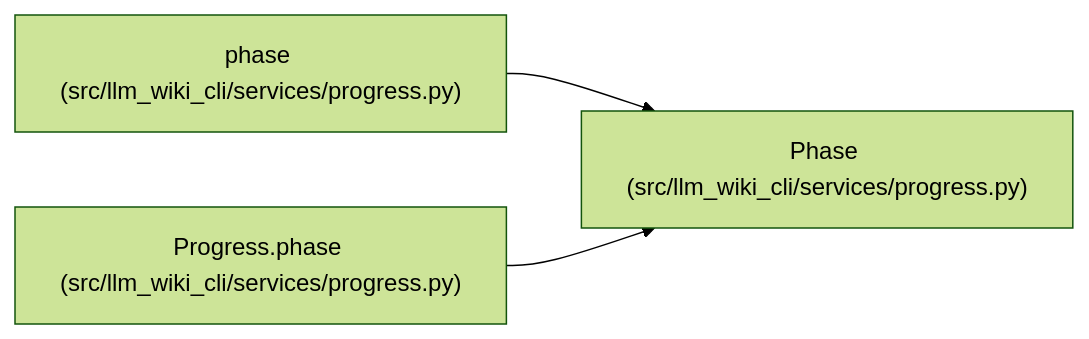
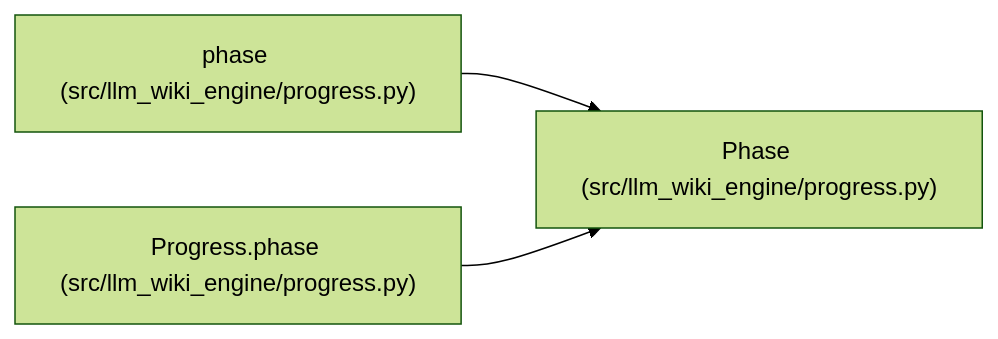
Before and after one commit to Denissvgn/python-wiki-llm: the diagram in docs/llm_wiki/entities/Phase.md, drawn with Mermaid (forest theme). The commit also changed other lines of this file and 1103 other files, not shown here.

First line of the commit message:
docs: refresh the wiki for the llm-wiki-engine distribution

````diff
--- a/docs/llm_wiki/entities/Phase.md
+++ b/docs/llm_wiki/entities/Phase.md
@@ -31,11 +31,11 @@
 ```mermaid
 flowchart LR
-    n0["Phase (src/llm_wiki_cli/services/progress.py)"]
-    n1["phase (src/llm_wiki_cli/services/progress.py)"]
-    n2["Progress.phase (src/llm_wiki_cli/services/progress.py)"]
+    n0["Phase (src/llm_wiki_engine/progress.py)"]
+    n1["phase (src/llm_wiki_engine/progress.py)"]
+    n2["Progress.phase (src/llm_wiki_engine/progress.py)"]
     n1 --> n0
     n2 --> n0
     click n0 "../modules/progress.md"
     click n1 "../modules/progress.md"
     click n2 "../modules/progress.md"
 ```
````
